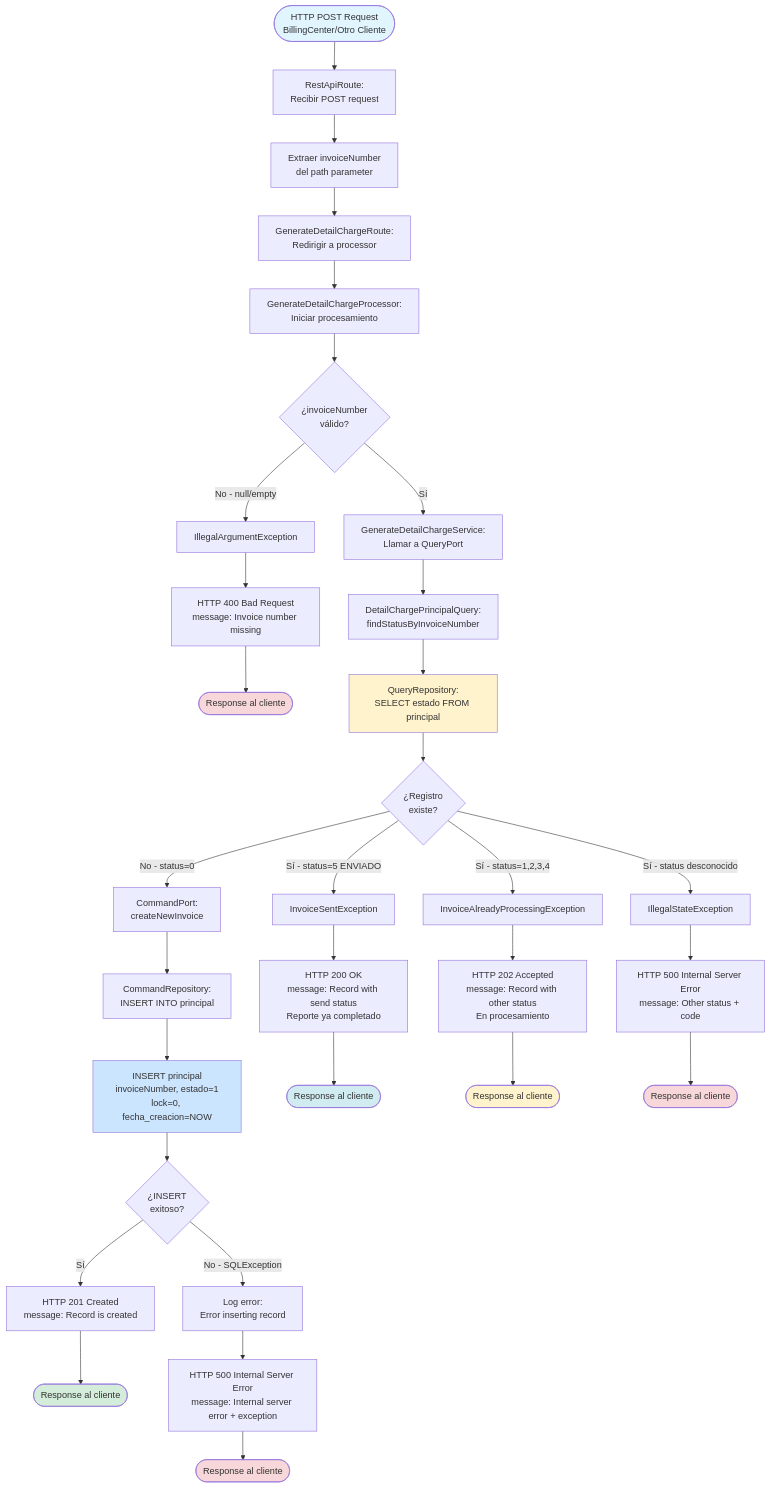
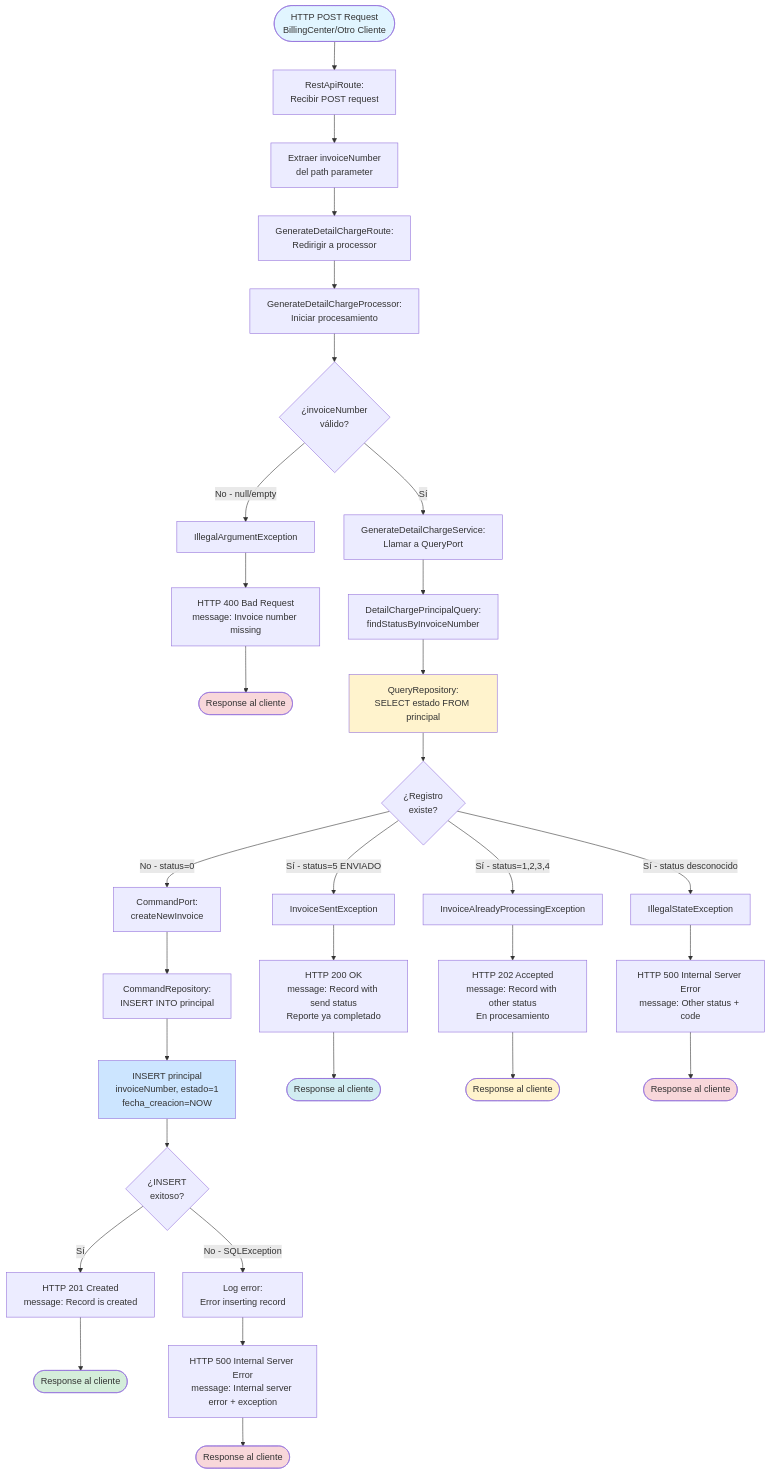
One commit to estebancolorado/MetodoCeibaSura changed diagram 14 of 17 in docs/architecture/flujo-generacion-reporte-detalle-cobro.md. Above: the diagram before and after it, drawn with Mermaid. The commit also changed other lines of this file, not shown here.

Commit message:
refactor: se ajusta diagrama de estados

````diff
--- a/docs/architecture/flujo-generacion-reporte-detalle-cobro.md
+++ b/docs/architecture/flujo-generacion-reporte-detalle-cobro.md
@@ -1758,61 +1758,61 @@
 ```mermaid
 flowchart TD
     Start([HTTP POST Request<br/>BillingCenter/Otro Cliente]) --> A[RestApiRoute:<br/>Recibir POST request]
     
     A --> B[Extraer invoiceNumber<br/>del path parameter]
     
     B --> C[GenerateDetailChargeRoute:<br/>Redirigir a processor]
     
     C --> D[GenerateDetailChargeProcessor:<br/>Iniciar procesamiento]
     
     D --> E{¿invoiceNumber<br/>válido?}
     
     E -->|No - null/empty| F[IllegalArgumentException]
     F --> G[HTTP 400 Bad Request<br/>message: Invoice number missing]
     G --> End1([Response al cliente])
     
     E -->|Sí| H[GenerateDetailChargeService:<br/>Llamar a QueryPort]
     
     H --> I[DetailChargePrincipalQuery:<br/>findStatusByInvoiceNumber]
     
     I --> J[QueryRepository:<br/>SELECT estado FROM principal]
     
     J --> K{¿Registro<br/>existe?}
     
     K -->|No - status=0| L[CommandPort:<br/>createNewInvoice]
     
     L --> M[CommandRepository:<br/>INSERT INTO principal]
     
-    M --> N[INSERT principal<br/>invoiceNumber, estado=1<br/>lock=0, fecha_creacion=NOW]
+    M --> N[INSERT principal<br/>invoiceNumber, estado=1<br/>fecha_creacion=NOW]
     
     N --> O{¿INSERT<br/>exitoso?}
     
     O -->|Sí| P[HTTP 201 Created<br/>message: Record is created]
     P --> End2([Response al cliente])
     
     O -->|No - SQLException| Q[Log error:<br/>Error inserting record]
     Q --> R[HTTP 500 Internal Server Error<br/>message: Internal server error + exception]
     R --> End3([Response al cliente])
     
     K -->|Sí - status=5 ENVIADO| S[InvoiceSentException]
     S --> T[HTTP 200 OK<br/>message: Record with send status<br/>Reporte ya completado]
     T --> End4([Response al cliente])
     
     K -->|Sí - status=1,2,3,4| U[InvoiceAlreadyProcessingException]
     U --> V[HTTP 202 Accepted<br/>message: Record with other status<br/>En procesamiento]
     V --> End5([Response al cliente])
     
     K -->|Sí - status desconocido| W[IllegalStateException]
     W --> X[HTTP 500 Internal Server Error<br/>message: Other status + code]
     X --> End6([Response al cliente])
     
     style Start fill:#e1f5ff
     style End1 fill:#f8d7da
     style End2 fill:#d4edda
     style End3 fill:#f8d7da
     style End4 fill:#d1ecf1
     style End5 fill:#fff3cd
     style End6 fill:#f8d7da
     style N fill:#cce5ff
     style J fill:#fff3cd
 ```
````
